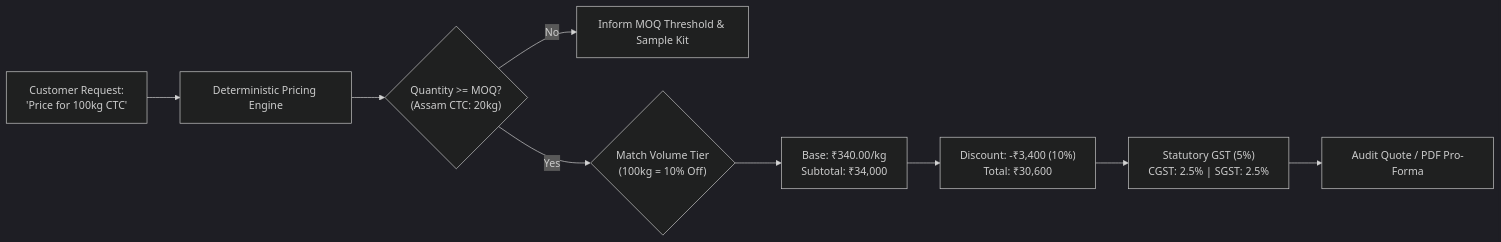
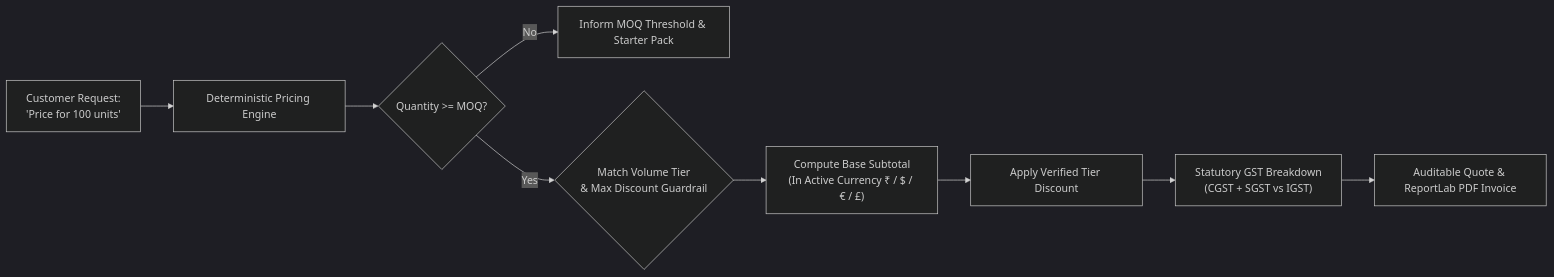
One commit to naborajs/wb-agent changed the third of 3 diagrams in assets docs/architecture.md. Above: the diagram before and after it, drawn with Mermaid (dark theme). The commit also changed other lines of this file and 3 other files, not shown here.

Commit message:
docs(core): update index MOC, architecture deep dive, visual tour (17 routes), and v2.4.0 changelog

````diff
--- a/assets docs/architecture.md
+++ b/assets docs/architecture.md
@@ -126,11 +129,11 @@
 ```mermaid
 flowchart LR
-    Inbound["Customer Request:\n'Price for 100kg CTC'"] --> Engine["Deterministic Pricing Engine"]
-    Engine --> CheckMOQ{"Quantity >= MOQ?\n(Assam CTC: 20kg)"}
-    CheckMOQ -- No --> RejectMOQ["Inform MOQ Threshold & Sample Kit"]
-    CheckMOQ -- Yes --> TierCheck{"Match Volume Tier\n(100kg = 10% Off)"}
-    TierCheck --> BasePrice["Base: ₹340.00/kg\nSubtotal: ₹34,000"]
-    BasePrice --> Discount["Discount: -₹3,400 (10%)\nTotal: ₹30,600"]
-    Discount --> TaxCalc["Statutory GST (5%)\nCGST: 2.5% | SGST: 2.5%"]
-    TaxCalc --> Proforma["Audit Quote / PDF Pro-Forma"]
+    Inbound["Customer Request:\n'Price for 100 units'"] --> Engine["Deterministic Pricing Engine"]
+    Engine --> CheckMOQ{"Quantity >= MOQ?"}
+    CheckMOQ -- No --> RejectMOQ["Inform MOQ Threshold & Starter Pack"]
+    CheckMOQ -- Yes --> TierCheck{"Match Volume Tier\n& Max Discount Guardrail"}
+    TierCheck --> BasePrice["Compute Base Subtotal\n(In Active Currency ₹ / $ / € / £)"]
+    BasePrice --> Discount["Apply Verified Tier Discount"]
+    Discount --> TaxCalc["Statutory GST Breakdown\n(CGST + SGST vs IGST)"]
+    TaxCalc --> Proforma["Auditable Quote & ReportLab PDF Invoice"]
 ```
````
